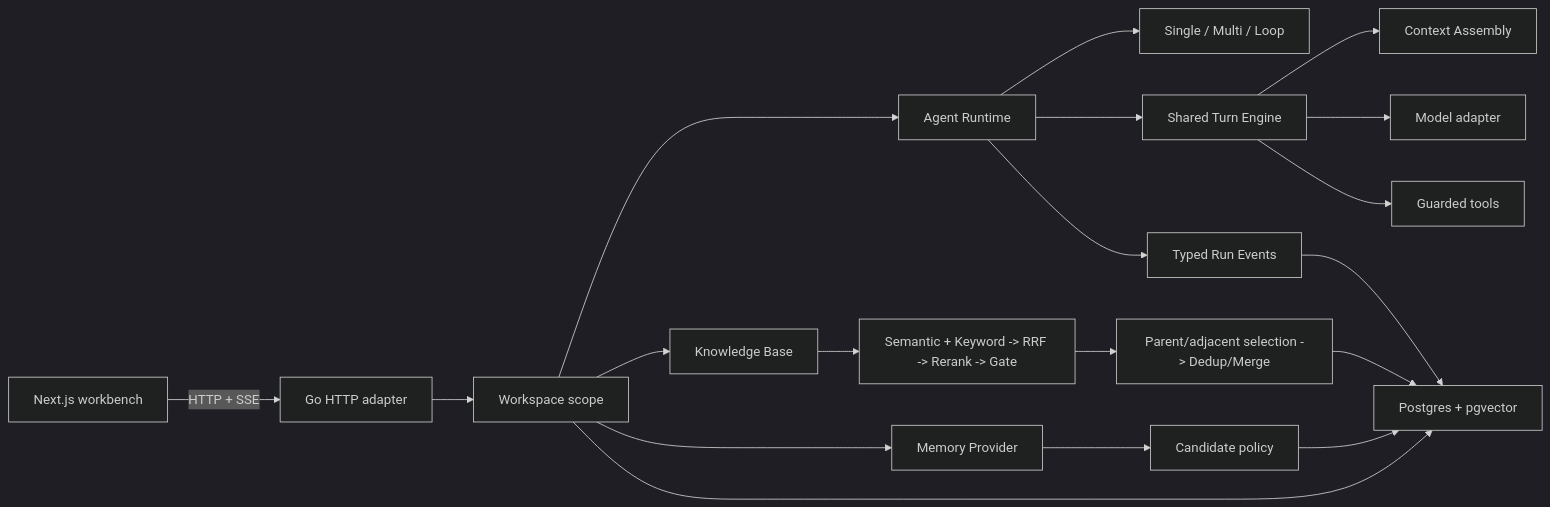
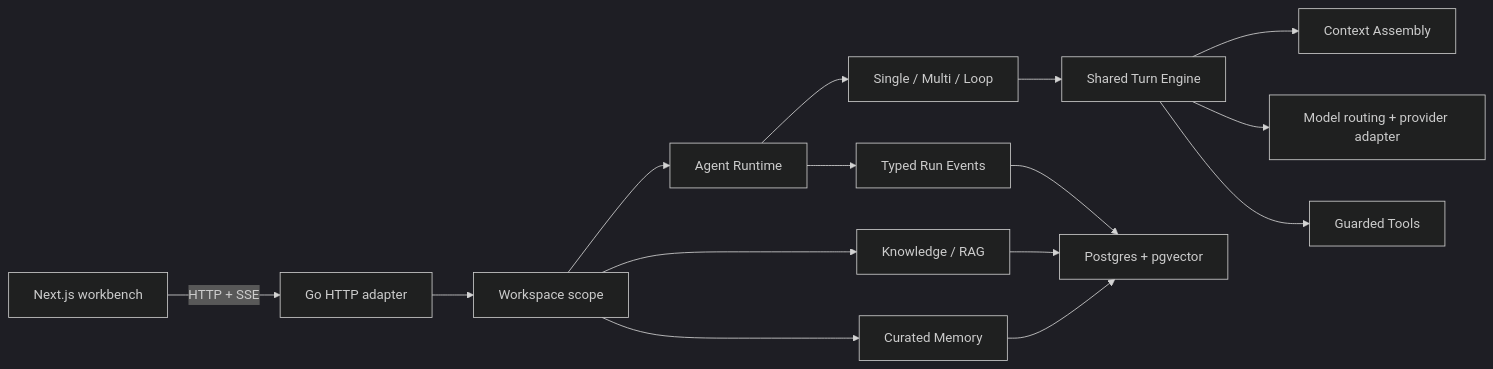
Before and after one commit to hoiyd/agentflow-platform: the diagram in README.md, drawn with Mermaid (dark theme). The commit also changed other lines of this file and 23 other files, not shown here.

````diff
--- a/README.md
+++ b/README.md
@@ -104,21 +65,17 @@
 ```mermaid
 flowchart LR
-    UI["Next.js workbench"] -->|"HTTP + SSE"| HTTP["Go HTTP adapter"]
-    HTTP --> Scope["Workspace scope"]
-    Scope --> Runtime["Agent Runtime"]
-    Runtime --> Modes["Single / Multi / Loop"]
-    Runtime --> Turn["Shared Turn Engine"]
-    Turn --> Context["Context Assembly"]
-    Turn --> Model["Model adapter"]
-    Turn --> Tools["Guarded tools"]
-    Runtime --> Events["Typed Run Events"]
-    Scope --> Knowledge["Knowledge Base"]
-    Knowledge --> Retrieval["Semantic + Keyword -> RRF -> Rerank -> Gate"]
-    Retrieval --> Transform["Parent/adjacent selection -> Dedup/Merge"]
-    Scope --> Memory["Memory Provider"]
-    Memory --> Candidates["Candidate policy"]
-    Scope --> Store["Postgres + pgvector"]
-    Events --> Store
-    Candidates --> Store
-    Transform --> Store
+    UI[Next.js workbench] -->|HTTP + SSE| API[Go HTTP adapter]
+    API --> Scope[Workspace scope]
+    Scope --> Runtime[Agent Runtime]
+    Runtime --> Modes[Single / Multi / Loop]
+    Modes --> Turn[Shared Turn Engine]
+    Turn --> Context[Context Assembly]
+    Turn --> Model[Model routing + provider adapter]
+    Turn --> Tools[Guarded Tools]
+    Scope --> Knowledge[Knowledge / RAG]
+    Scope --> Memory[Curated Memory]
+    Runtime --> Events[Typed Run Events]
+    Events --> Store[Postgres + pgvector]
+    Knowledge --> Store
+    Memory --> Store
 ```
````
